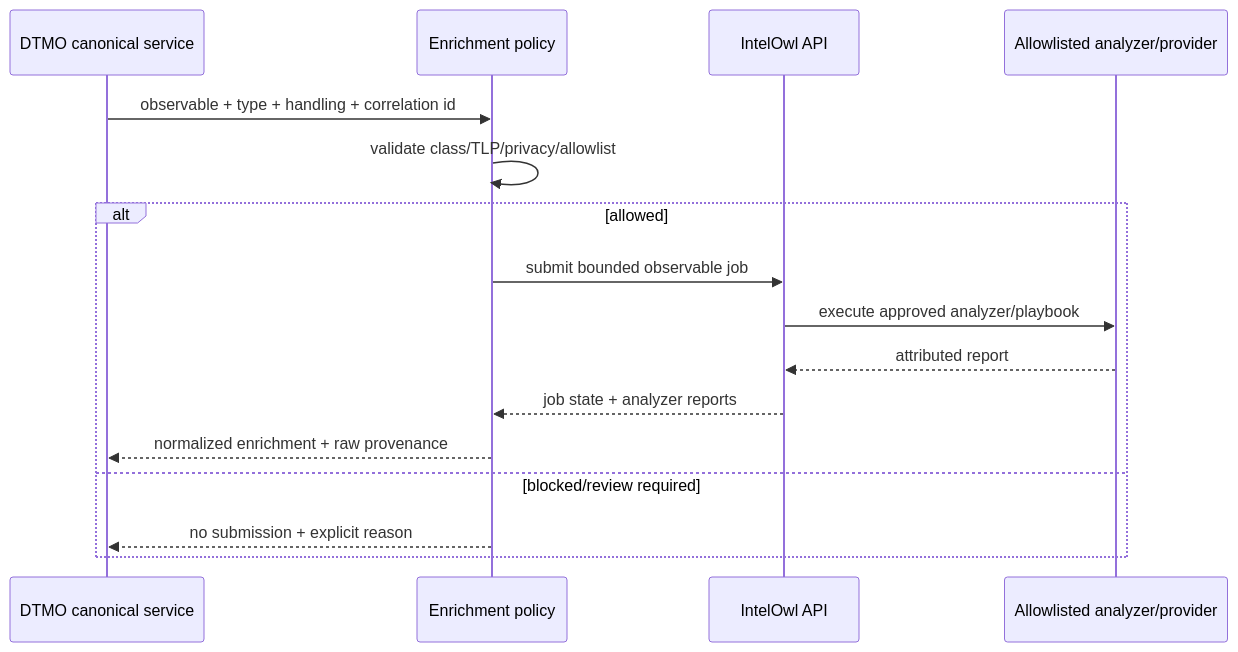
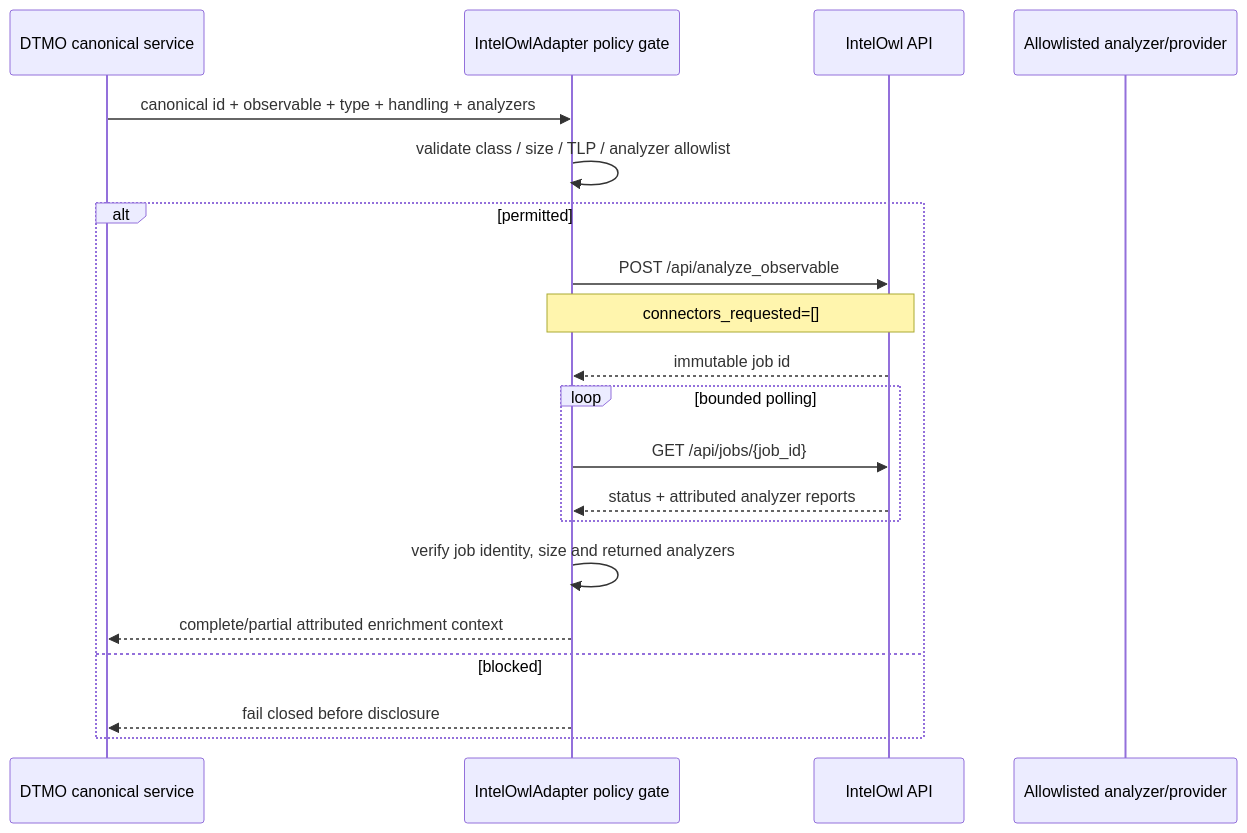
Before and after one commit to GJvManen/dtmo: the first of 2 diagrams in docs/integrations/INTELOWL_INTEGRATION.md, drawn with Mermaid. The commit also changed other lines of this file, not shown here.

Commit message:
docs: document bounded IntelOwl adapter implementation

````diff
--- a/docs/integrations/INTELOWL_INTEGRATION.md
+++ b/docs/integrations/INTELOWL_INTEGRATION.md
@@ -14,19 +12,23 @@
 ```mermaid
 sequenceDiagram
     participant DTMO as DTMO canonical service
-    participant Policy as Enrichment policy
+    participant Policy as IntelOwlAdapter policy gate
     participant Owl as IntelOwl API
     participant Analyzer as Allowlisted analyzer/provider
 
-    DTMO->>Policy: observable + type + handling + correlation id
-    Policy->>Policy: validate class/TLP/privacy/allowlist
-    alt allowed
-        Policy->>Owl: submit bounded observable job
-        Owl->>Analyzer: execute approved analyzer/playbook
-        Analyzer-->>Owl: attributed report
-        Owl-->>Policy: job state + analyzer reports
-        Policy-->>DTMO: normalized enrichment + raw provenance
-    else blocked/review required
-        Policy-->>DTMO: no submission + explicit reason
+    DTMO->>Policy: canonical id + observable + type + handling + analyzers
+    Policy->>Policy: validate class / size / TLP / analyzer allowlist
+    alt permitted
+        Policy->>Owl: POST /api/analyze_observable
+        Note over Policy,Owl: connectors_requested=[]
+        Owl-->>Policy: immutable job id
+        loop bounded polling
+            Policy->>Owl: GET /api/jobs/{job_id}
+            Owl-->>Policy: status + attributed analyzer reports
+        end
+        Policy->>Policy: verify job identity, size and returned analyzers
+        Policy-->>DTMO: complete/partial attributed enrichment context
+    else blocked
+        Policy-->>DTMO: fail closed before disclosure
     end
 ```
````
